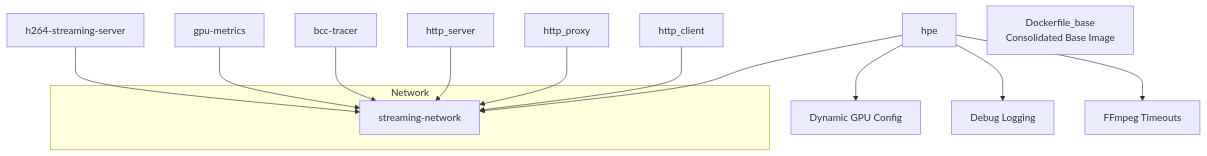
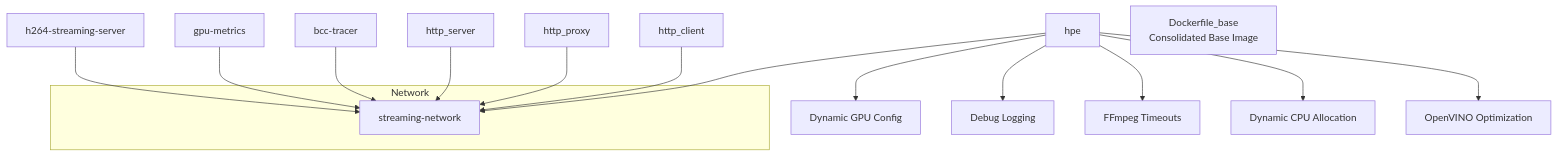
One commit to Fogus-Gr/MeasurementsDTs changed the seventh of 7 diagrams in .qoder/repowiki/en/content/Deployment Infrastructure/Deployment Infrastructure.md. Above: the diagram before and after it, drawn with Mermaid. The commit also changed other lines of this file and 7 other files, not shown here.

Commit message:
docs(repowiki): restructure optimization assets, add performance documentation, and improve CPU tuning utilities.

````diff
--- a/.qoder/repowiki/en/content/Deployment Infrastructure/Deployment Infrastructure.md
+++ b/.qoder/repowiki/en/content/Deployment Infrastructure/Deployment Infrastructure.md
@@ -345,17 +426,19 @@
 ```mermaid
 graph TB
 subgraph "Network"
 Net["streaming-network"]
 end
 S["h264-streaming-server"] --> Net
 H["hpe"] --> Net
 G["gpu-metrics"] --> Net
 B["bcc-tracer"] --> Net
 DS["http_server"] --> Net
 DP["http_proxy"] --> Net
 DC["http_client"] --> Net
 H --> D["Dynamic GPU Config"]
 H --> L["Debug Logging"]
 H --> T["FFmpeg Timeouts"]
+H --> DR["Dynamic CPU Allocation"]
+H --> OVO["OpenVINO Optimization"]
 DB["Dockerfile_base<br/>Consolidated Base Image"]
 ```
````
